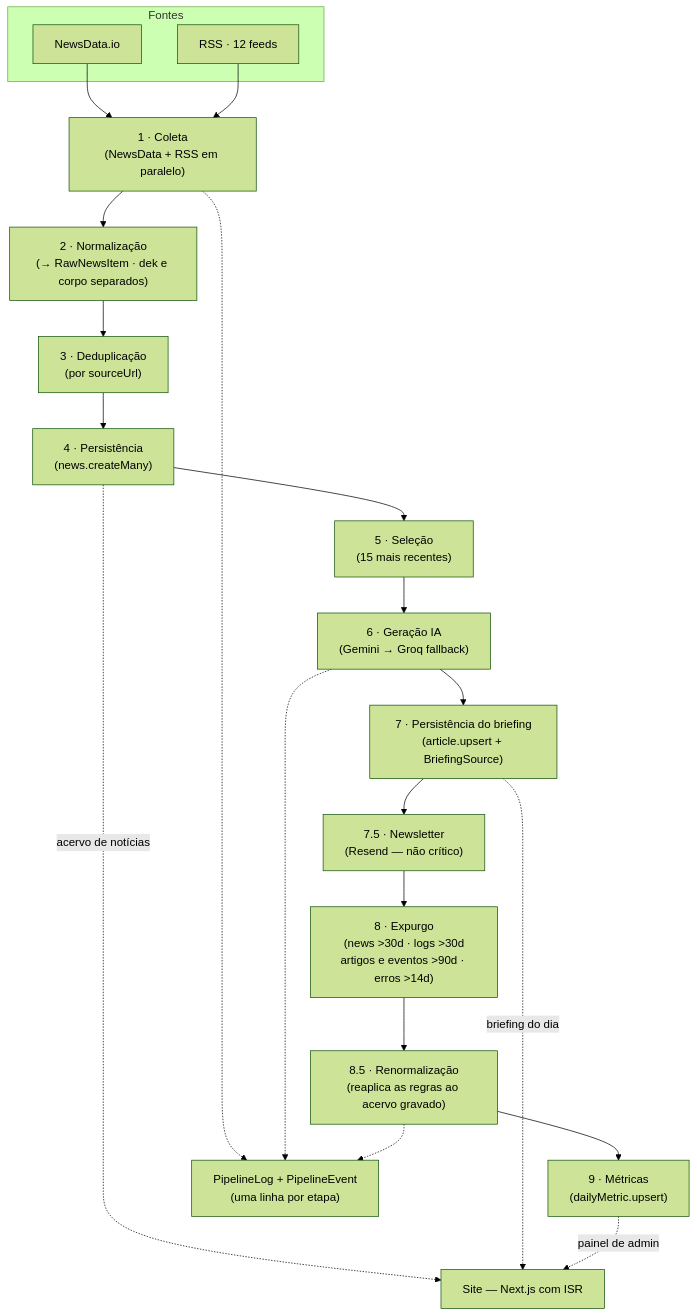
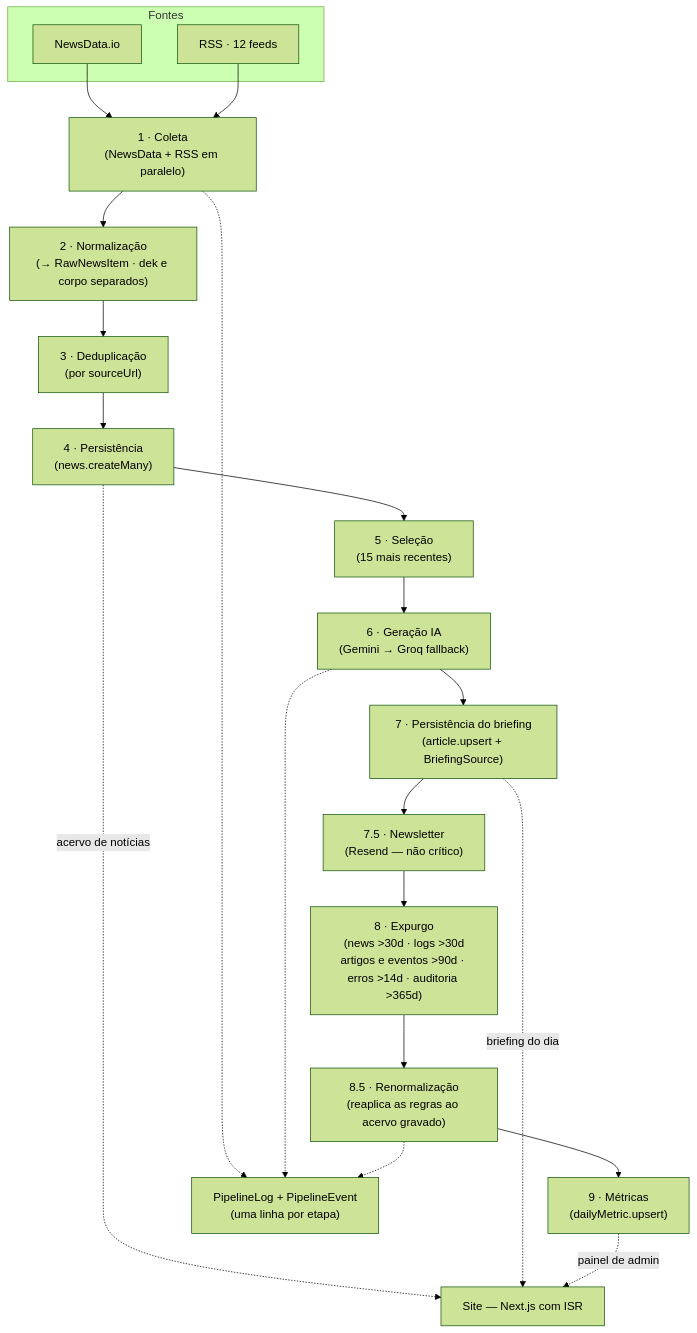
One commit to tavinholoco/newra-news changed the diagram in docs/diagrams/data-flow.mermaid. Above: the diagram before and after it, drawn with Mermaid (forest theme). The commit also changed 54 other files, not shown here.

```diff
--- a/docs/diagrams/data-flow.mermaid
+++ b/docs/diagrams/data-flow.mermaid
@@ -1,35 +1,35 @@
 %% Fluxo de Dados Diário — Pipeline de Notícias (Newra News)
 %% ---
 %% Atualizado em 01/09/2026. As 11 etapas do `pipeline.service.ts`, na ordem em
 %% que rodam, e o que cada uma deixa gravado.
 flowchart TB
     subgraph Coleta["Fontes"]
         ND["NewsData.io"]
         RSS["RSS · 12 feeds"]
     end
 
     S1["1 · Coleta<br/>(NewsData + RSS em paralelo)"]
     S2["2 · Normalização<br/>(→ RawNewsItem · dek e corpo separados)"]
     S3["3 · Deduplicação<br/>(por sourceUrl)"]
     S4["4 · Persistência<br/>(news.createMany)"]
     S5["5 · Seleção<br/>(15 mais recentes)"]
     S6["6 · Geração IA<br/>(Gemini → Groq fallback)"]
     S7["7 · Persistência do briefing<br/>(article.upsert + BriefingSource)"]
     S75["7.5 · Newsletter<br/>(Resend — não crítico)"]
-    S8["8 · Expurgo<br/>(news >30d · logs >30d<br/>artigos e eventos >90d · erros >14d)"]
+    S8["8 · Expurgo<br/>(news >30d · logs >30d<br/>artigos e eventos >90d · erros >14d · auditoria >365d)"]
     S85["8.5 · Renormalização<br/>(reaplica as regras ao acervo gravado)"]
     S9["9 · Métricas<br/>(dailyMetric.upsert)"]
 
     ND --> S1
     RSS --> S1
     S1 --> S2 --> S3 --> S4 --> S5 --> S6 --> S7 --> S75 --> S8 --> S85 --> S9
 
     SITE["Site — Next.js com ISR"]
     S4 -.->|"acervo de notícias"| SITE
     S7 -.->|"briefing do dia"| SITE
     S9 -.->|"painel de admin"| SITE
 
     LOG["PipelineLog + PipelineEvent<br/>(uma linha por etapa)"]
     S1 -.-> LOG
     S6 -.-> LOG
     S85 -.-> LOG
```
